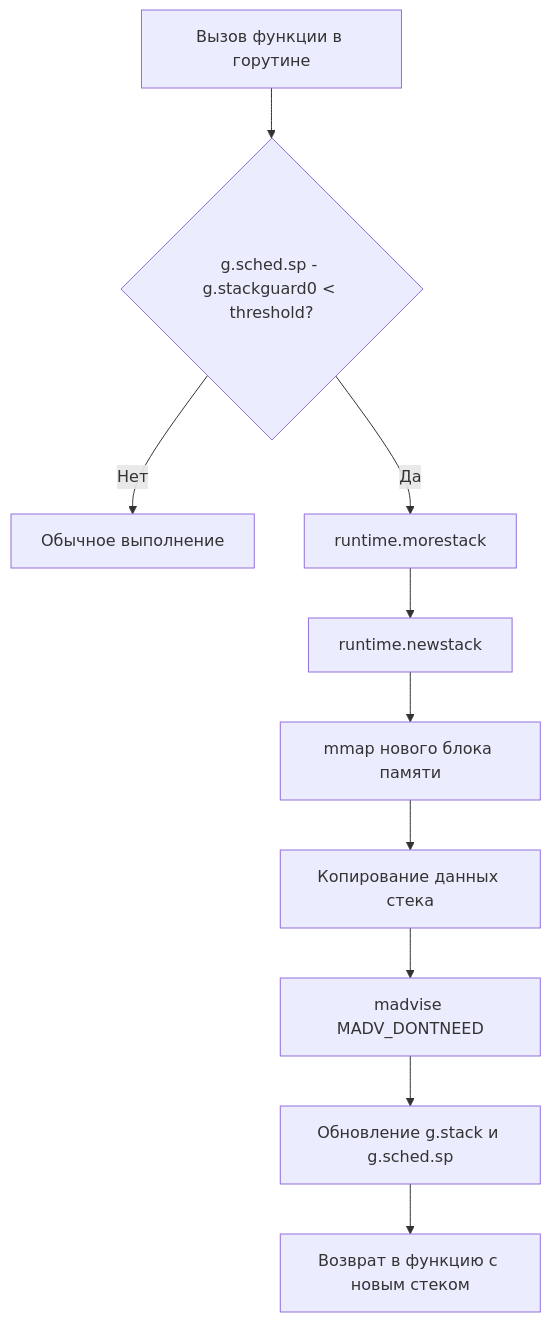
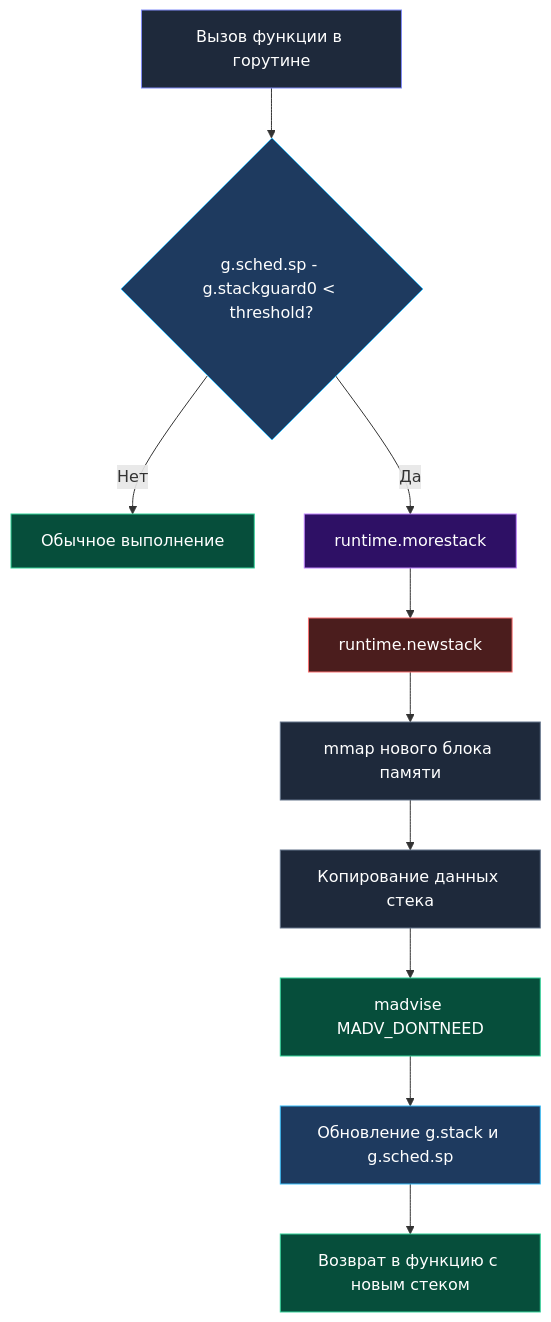
Before and after one commit to UnrealTemplier/go-textbook: the third of 3 diagrams in sources/2. Устройство и работа ОС/21. Переполнение стека и защита памяти.md, drawn with Mermaid. The commit also changed other lines of this file, not shown here.

````diff
--- a/sources/2. Устройство и работа ОС/21. Переполнение стека и защита памяти.md
+++ b/sources/2. Устройство и работа ОС/21. Переполнение стека и защита памяти.md
@@ -51,12 +94,23 @@
 ```mermaid
 flowchart TD
     A["Вызов функции в горутине"] --> B{"g.sched.sp - g.stackguard0 < threshold?"}
     B -->|Нет| C["Обычное выполнение"]
     B -->|Да| D["runtime.morestack"]
     D --> E["runtime.newstack"]
     E --> F["mmap нового блока памяти"]
     F --> G["Копирование данных стека"]
     G --> H["madvise MADV_DONTNEED"]
     H --> I["Обновление g.stack и g.sched.sp"]
     I --> J["Возврат в функцию с новым стеком"]
+
+    style A fill:#1e293b,stroke:#818cf8,color:#fff
+    style B fill:#1e3a5f,stroke:#38bdf8,color:#fff
+    style C fill:#064e3b,stroke:#34d399,color:#fff
+    style D fill:#2e1065,stroke:#c084fc,color:#fff
+    style E fill:#4b1d1d,stroke:#f87171,color:#fff
+    style F fill:#1e293b,stroke:#64748b,color:#fff
+    style G fill:#1e293b,stroke:#64748b,color:#fff
+    style H fill:#064e3b,stroke:#34d399,color:#fff
+    style I fill:#1e3a5f,stroke:#38bdf8,color:#fff
+    style J fill:#064e3b,stroke:#34d399,color:#fff
 ```
````
